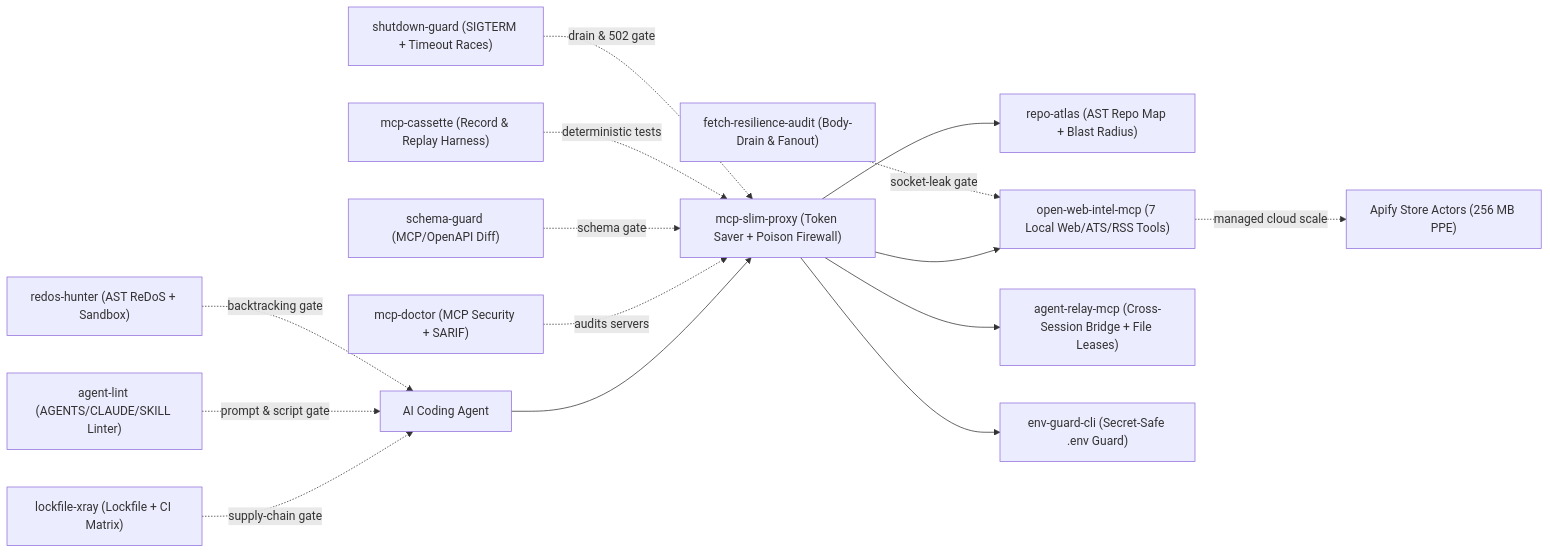
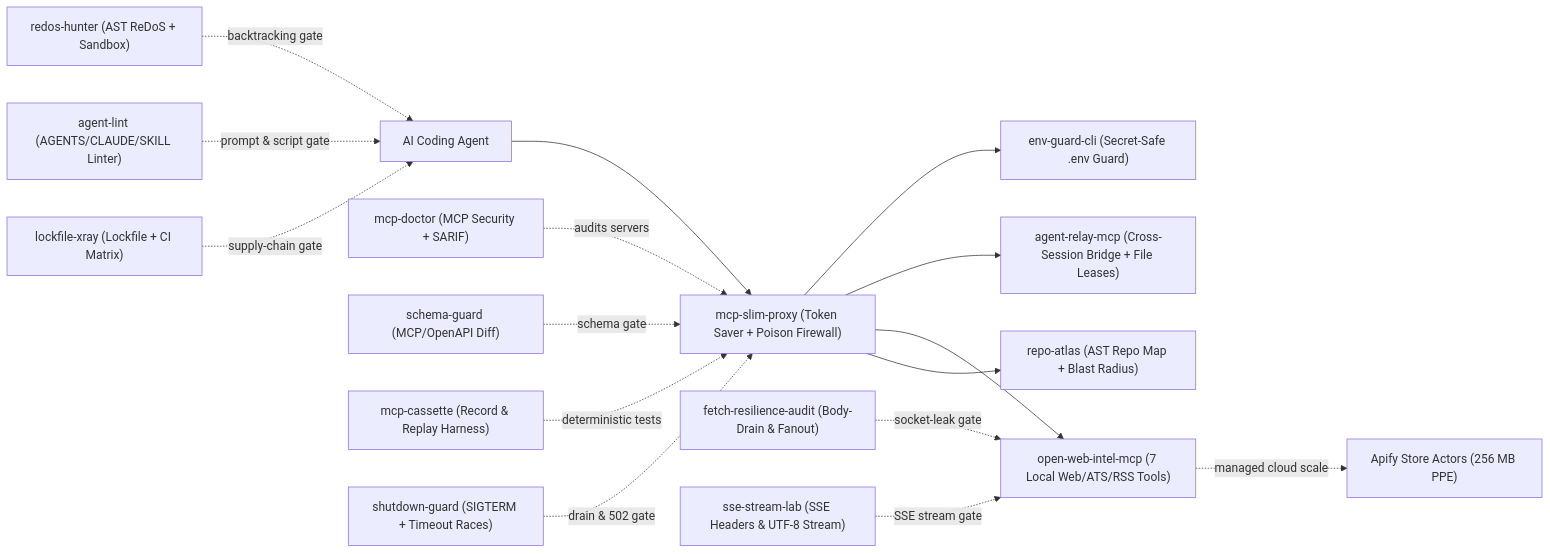
The diagram in README.md (pie527645-cloud/pie527645-cloud), drawn with Mermaid before and after one commit. The commit also changed other lines of this file, not shown here.

Commit message:
docs: add sse-stream-lab to Wave 6 suite table and pipeline

````diff
--- a/README.md
+++ b/README.md
@@ -5,17 +5,18 @@
 ```mermaid
 flowchart LR
     Agent["AI Coding Agent"] --> Slim["mcp-slim-proxy (Token Saver + Poison Firewall)"]
     Slim --> Atlas["repo-atlas (AST Repo Map + Blast Radius)"]
     Slim --> WebIntel["open-web-intel-mcp (7 Local Web/ATS/RSS Tools)"]
     Slim --> Relay["agent-relay-mcp (Cross-Session Bridge + File Leases)"]
     Slim --> EnvGuard["env-guard-cli (Secret-Safe .env Guard)"]
     Doctor["mcp-doctor (MCP Security + SARIF)"] -. audits servers .-> Slim
     Schema["schema-guard (MCP/OpenAPI Diff)"] -. schema gate .-> Slim
     Cassette["mcp-cassette (Record & Replay Harness)"] -. deterministic tests .-> Slim
     Xray["lockfile-xray (Lockfile + CI Matrix)"] -. supply-chain gate .-> Agent
     AgentLint["agent-lint (AGENTS/CLAUDE/SKILL Linter)"] -. prompt & script gate .-> Agent
     Redos["redos-hunter (AST ReDoS + Sandbox)"] -. backtracking gate .-> Agent
     Shutdown["shutdown-guard (SIGTERM + Timeout Races)"] -. drain & 502 gate .-> Slim
     FetchAudit["fetch-resilience-audit (Body-Drain & Fanout)"] -. socket-leak gate .-> WebIntel
+    SseAudit["sse-stream-lab (SSE Headers & UTF-8 Stream)"] -. SSE stream gate .-> WebIntel
     WebIntel -. managed cloud scale .-> Apify["Apify Store Actors (256 MB PPE)"]
 ```
````
